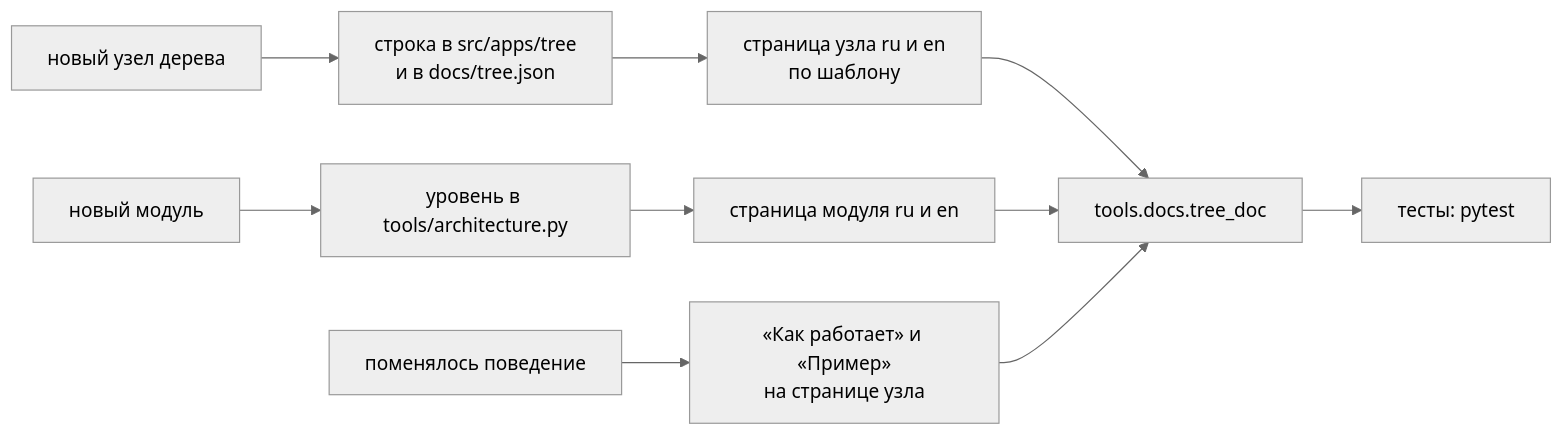
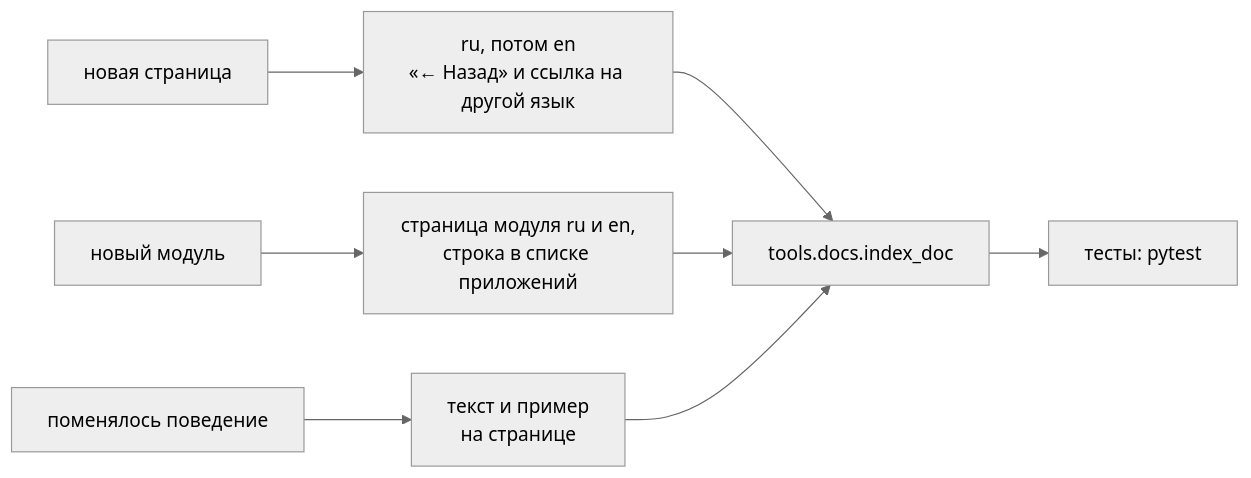
Before and after one commit to DimaZero7/TWW3-batle-ai: the second of 2 diagrams in docs/ru/architecture/documentation.md, drawn with Mermaid (neutral theme). The commit also changed other lines of this file and 438 other files, not shown here.

````diff
--- a/docs/ru/architecture/documentation.md
+++ b/docs/ru/architecture/documentation.md
@@ -96,7 +72,7 @@
 ```mermaid
 flowchart LR
-  c1["новый узел дерева"] --> a1["строка в src/apps/tree<br/>и в docs/tree.json"] --> a2["страница узла ru и en<br/>по шаблону"] --> gen["tools.docs.tree_doc"]
-  c2["новый модуль"] --> b1["уровень в tools/architecture.py"] --> b2["страница модуля ru и en"] --> gen
-  c3["поменялось поведение"] --> d1["«Как работает» и «Пример»<br/>на странице узла"] --> gen
+  c1["новая страница"] --> a1["ru, потом en<br/>«← Назад» и ссылка на другой язык"] --> gen["tools.docs.index_doc"]
+  c2["новый модуль"] --> b1["страница модуля ru и en,<br/>строка в списке приложений"] --> gen
+  c3["поменялось поведение"] --> d1["текст и пример<br/>на странице"] --> gen
   gen --> t["тесты: pytest"]
 ```
````
